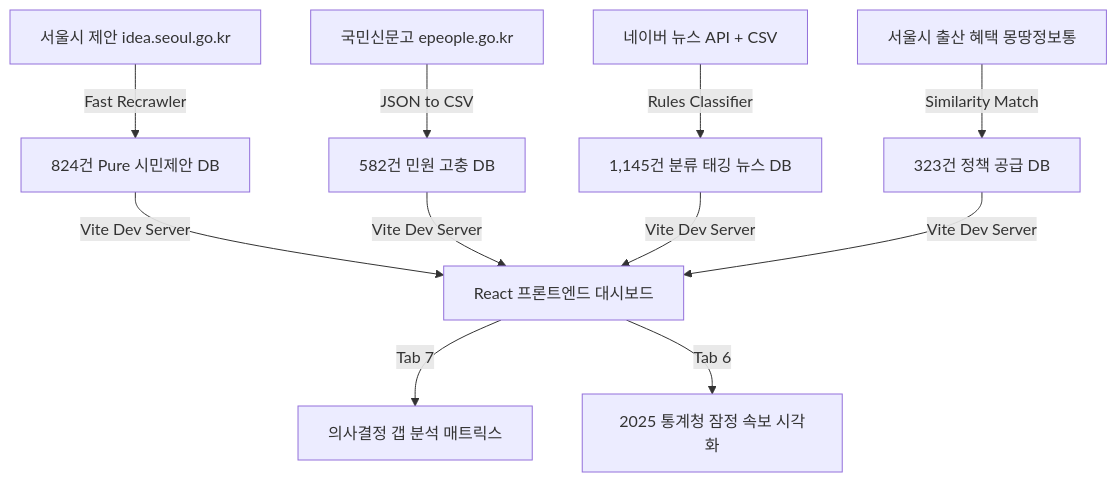
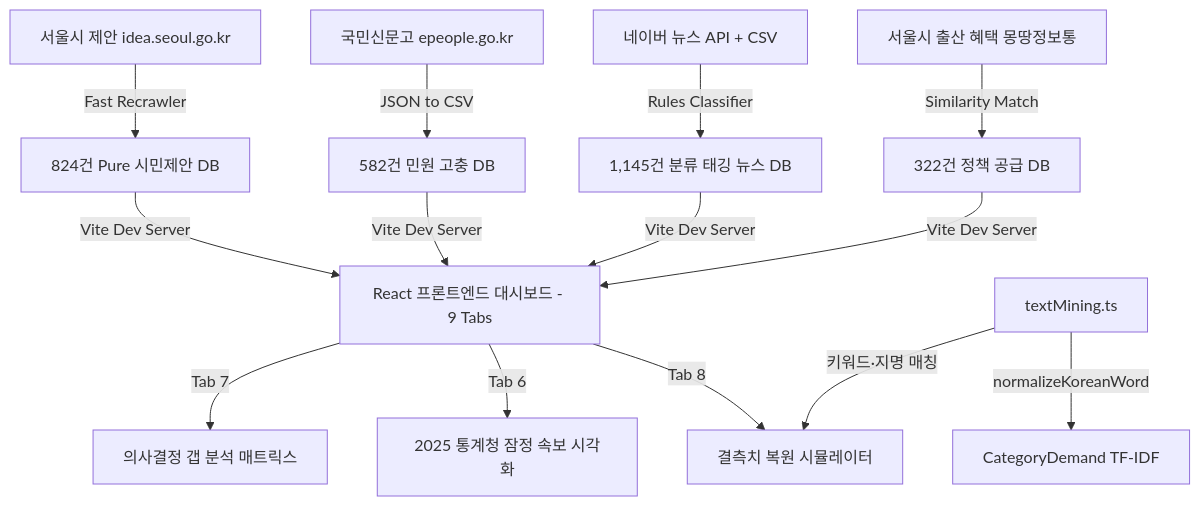
Before and after one commit to Elysia0215/UKKKK: the diagram in docs/DEVELOPMENT_LOG.md, drawn with Mermaid. The commit also changed other lines of this file and 20 other files, not shown here.

````diff
--- a/docs/DEVELOPMENT_LOG.md
+++ b/docs/DEVELOPMENT_LOG.md
@@ -118,11 +156,15 @@
 ```mermaid
 flowchart TD
     A[서울시 제안 idea.seoul.go.kr] -->|Fast Recrawler| B[824건 Pure 시민제안 DB]
     C[국민신문고 epeople.go.kr] -->|JSON to CSV| D[582건 민원 고충 DB]
     E[네이버 뉴스 API + CSV] -->|Rules Classifier| F[1,145건 분류 태깅 뉴스 DB]
-    G[서울시 출산 혜택 몽땅정보통] -->|Similarity Match| H[323건 정책 공급 DB]
+    G[서울시 출산 혜택 몽땅정보통] -->|Similarity Match| H[322건 정책 공급 DB]
     
-    B & D & F & H -->|Vite Dev Server| I[React 프론트엔드 대시보드]
+    B & D & F & H -->|Vite Dev Server| I[React 프론트엔드 대시보드 - 9 Tabs]
     I -->|Tab 7| J[의사결정 갭 분석 매트릭스]
     I -->|Tab 6| K[2025 통계청 잠정 속보 시각화]
+    I -->|Tab 8| L[결측치 복원 시뮬레이터]
+    
+    M[textMining.ts] -->|키워드·지명 매칭| L
+    M -->|normalizeKoreanWord| N[CategoryDemand TF-IDF]
 ```
````
